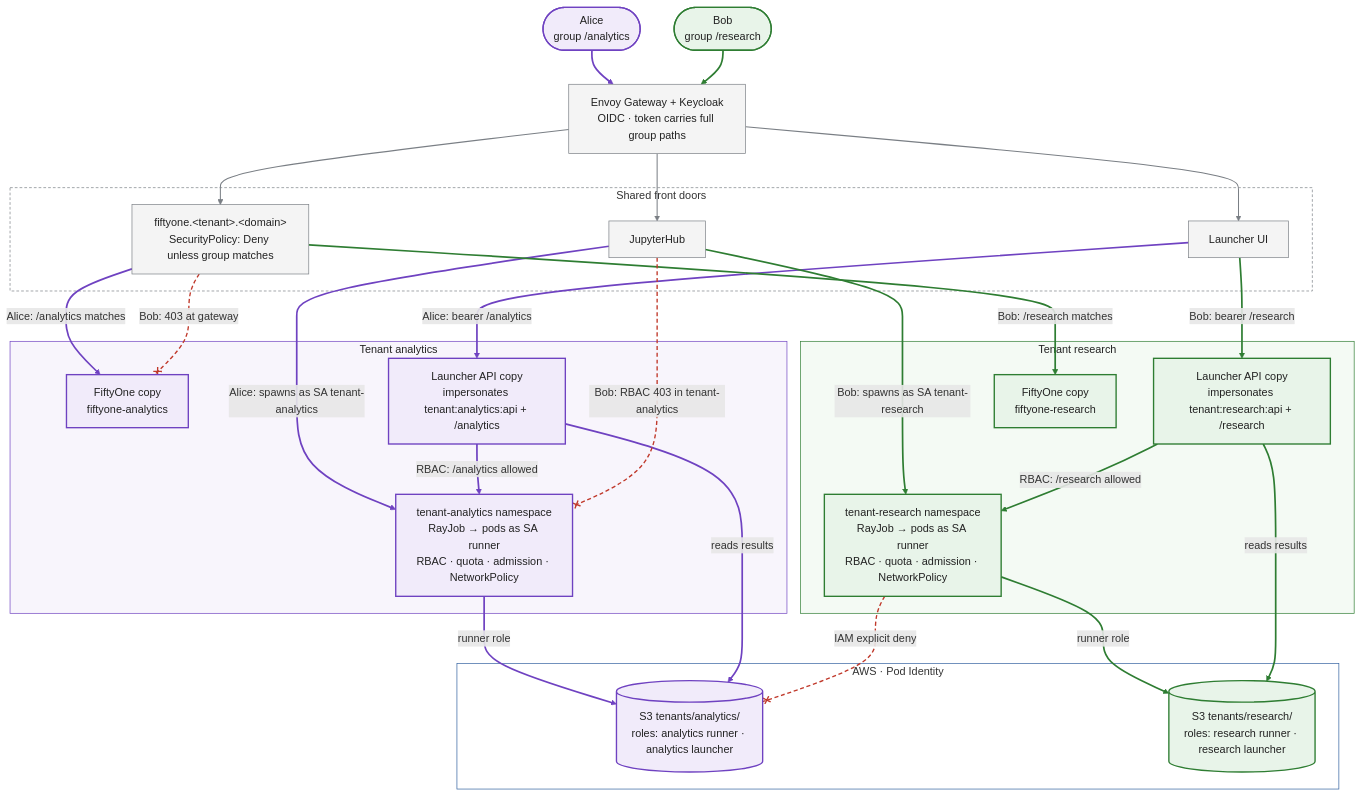
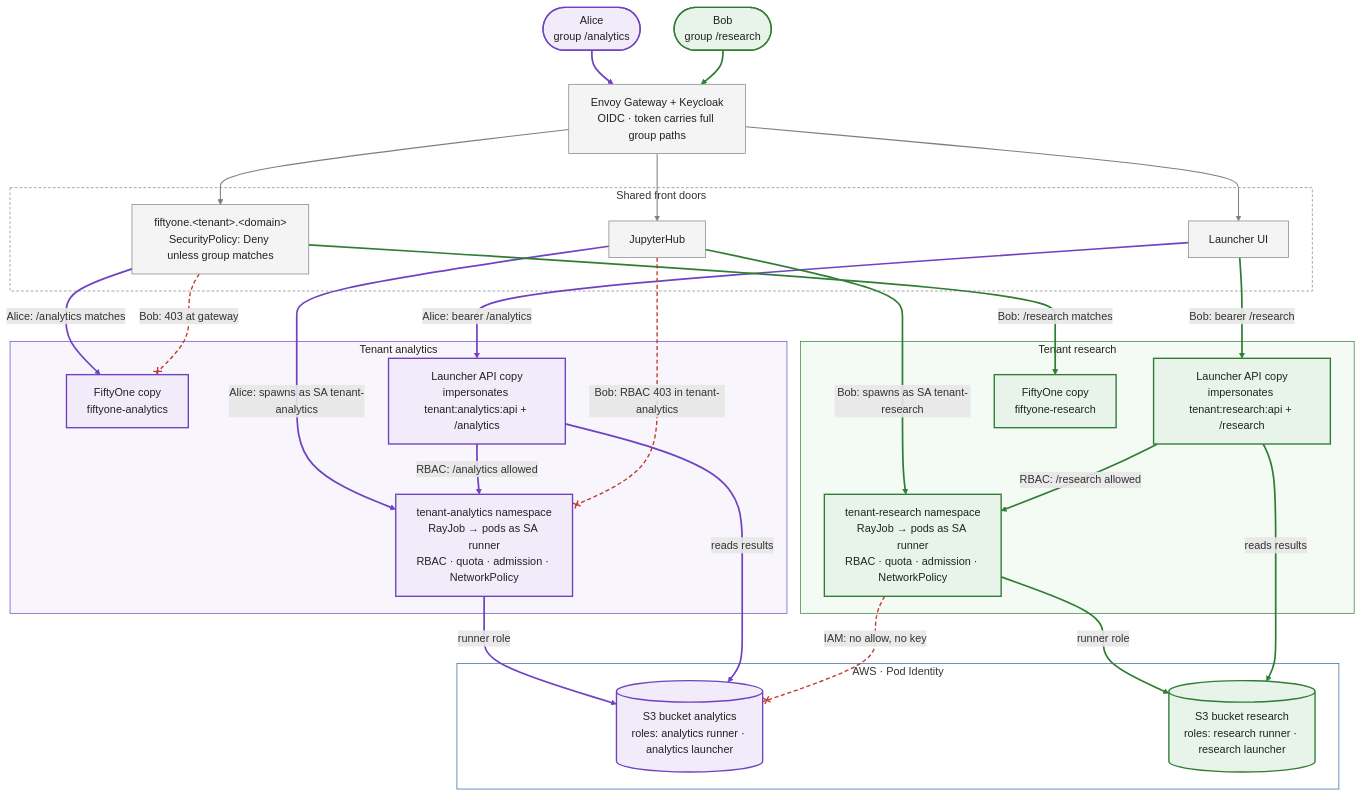
The second of 3 diagrams in docs/design-doc/implementation/19-multi-tenancy.md (nebari-dev/nebari-infrastructure-core), drawn with Mermaid before and after one commit. The commit also changed other lines of this file, not shown here.

Commit message:
docs(design): draw the tenant data boundary as a bucket per tenant with its own KMS key

````diff
--- a/docs/design-doc/implementation/19-multi-tenancy.md
+++ b/docs/design-doc/implementation/19-multi-tenancy.md
@@ -112,59 +112,59 @@
 ```mermaid
 flowchart TB
   alice(["Alice<br/>group /analytics"])
   bob(["Bob<br/>group /research"])
   gw["Envoy Gateway + Keycloak<br/>OIDC · token carries full group paths"]
   subgraph doors["Shared front doors"]
     hub["JupyterHub"]
     ui["Launcher UI"]
     fo["fiftyone.&lt;tenant&gt;.&lt;domain&gt;<br/>SecurityPolicy: Deny unless group matches"]
   end
   subgraph tc["Tenant analytics"]
     foC["FiftyOne copy<br/>fiftyone-analytics"]
     apiC["Launcher API copy<br/>impersonates tenant:analytics:api + /analytics"]
     nsC["tenant-analytics namespace<br/>RayJob → pods as SA runner<br/>RBAC · quota · admission · NetworkPolicy"]
   end
   subgraph tn["Tenant research"]
     apiN["Launcher API copy<br/>impersonates tenant:research:api + /research"]
     foN["FiftyOne copy<br/>fiftyone-research"]
     nsN["tenant-research namespace<br/>RayJob → pods as SA runner<br/>RBAC · quota · admission · NetworkPolicy"]
   end
   subgraph aws["AWS · Pod Identity"]
-    s3C[("S3 tenants/analytics/<br/>roles: analytics runner · analytics launcher")]
-    s3N[("S3 tenants/research/<br/>roles: research runner · research launcher")]
+    s3C[("S3 bucket analytics<br/>roles: analytics runner · analytics launcher")]
+    s3N[("S3 bucket research<br/>roles: research runner · research launcher")]
   end
   alice --> gw
   gw --> hub
   gw --> ui
   gw --> fo
   hub -->|"Alice: spawns as SA tenant-analytics"| nsC
   ui -->|"Alice: bearer /analytics"| apiC
   apiC -->|"RBAC: /analytics allowed"| nsC
   fo -->|"Alice: /analytics matches"| foC
   nsC -->|"runner role"| s3C
   apiC -->|"reads results"| s3C
   bob --> gw
   hub -->|"Bob: spawns as SA tenant-research"| nsN
   ui -->|"Bob: bearer /research"| apiN
   apiN -->|"RBAC: /research allowed"| nsN
   fo -->|"Bob: /research matches"| foN
   nsN -->|"runner role"| s3N
   apiN -->|"reads results"| s3N
   fo -.-x|"Bob: 403 at gateway"| foC
   hub -.-x|"Bob: RBAC 403 in tenant-analytics"| nsC
-  nsN -.-x|"IAM explicit deny"| s3C
+  nsN -.-x|"IAM: no allow, no key"| s3C
   linkStyle 1,2,3 stroke:#7a7f85,stroke-width:1.5px
   linkStyle 0,4,5,6,7,8,9 stroke:#6f42c1,stroke-width:2.5px
   linkStyle 10,11,12,13,14,15,16 stroke:#2e7d32,stroke-width:2.5px
   linkStyle 17,18,19 stroke:#c0392b,stroke-width:2px,stroke-dasharray:6 4
   classDef alice fill:#f1ebfa,stroke:#6f42c1,stroke-width:2px,color:#222
   classDef bob fill:#e8f4e9,stroke:#2e7d32,stroke-width:2px,color:#222
   classDef shared fill:#f4f4f4,stroke:#7a7f85,color:#222
   class alice,apiC,nsC,foC,s3C alice
   class bob,apiN,nsN,foN,s3N bob
   class gw,hub,ui,fo shared
   style doors fill:none,stroke:#7a7f85,stroke-dasharray:4 3
   style tc fill:#f8f5fc,stroke:#6f42c1,color:#222
   style tn fill:#f4faf4,stroke:#2e7d32,color:#222
   style aws fill:none,stroke:#2f5f9e
 ```
````
